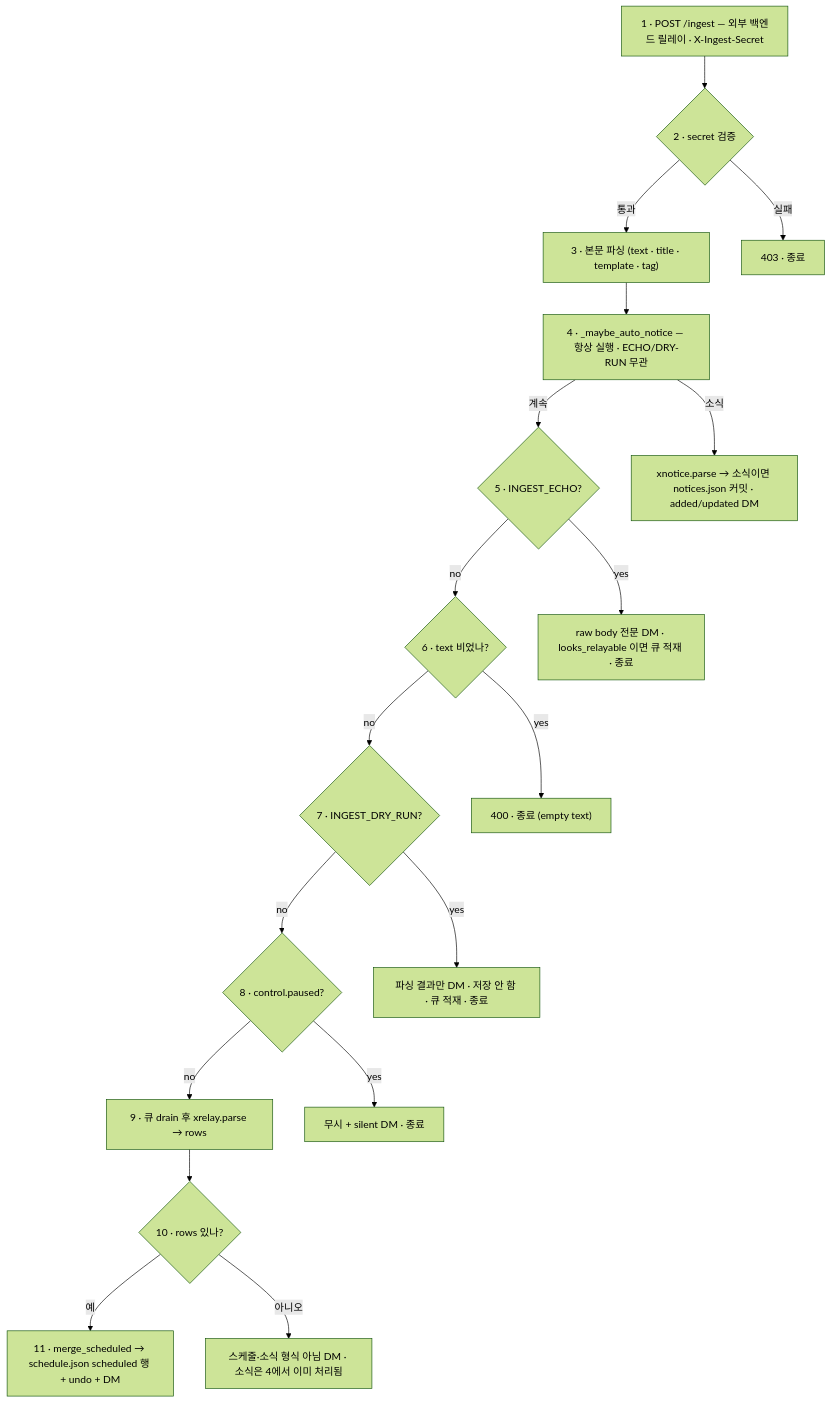
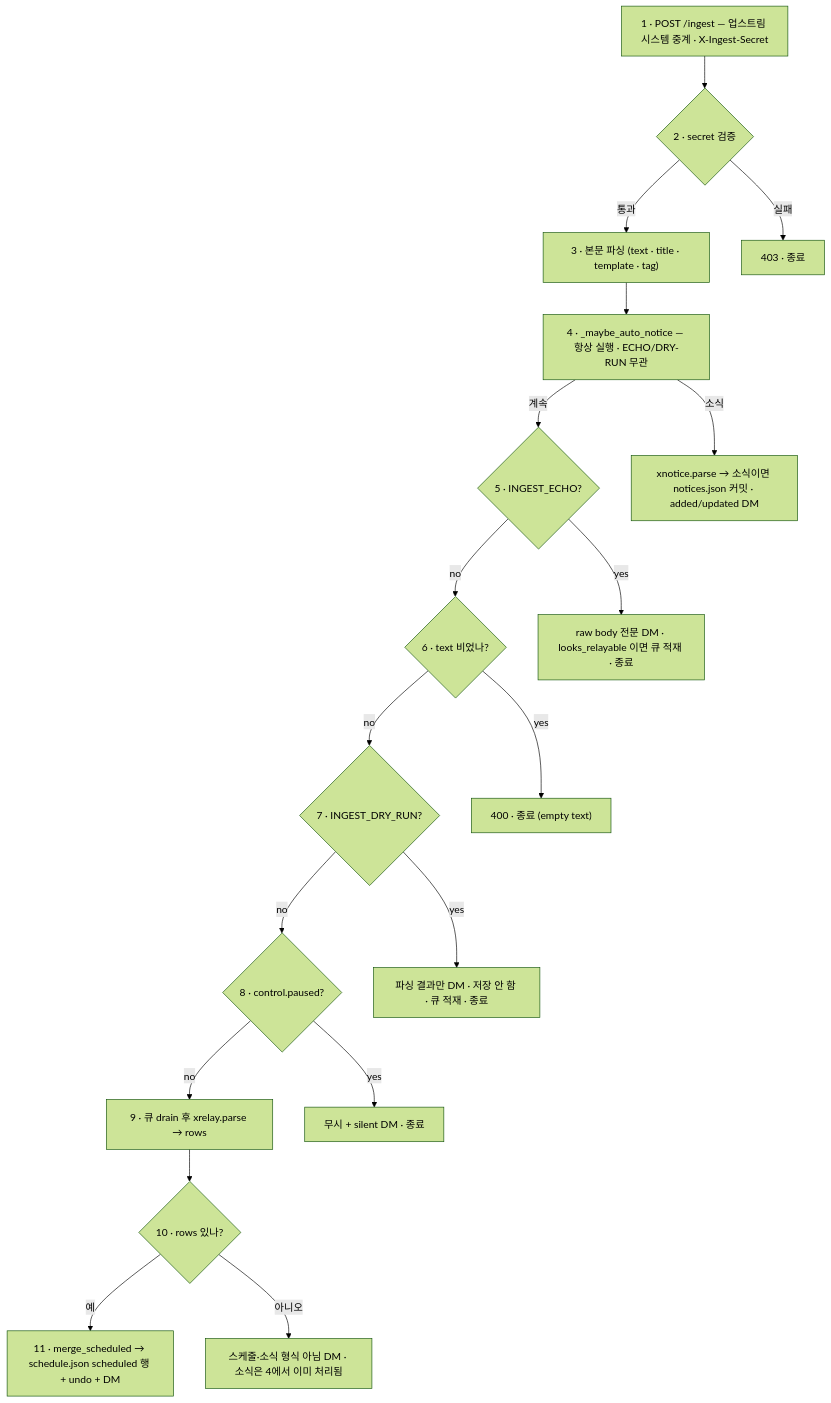
The diagram in docs/INGEST_FLOW.md (sbb2002/mewtype-scheduler), drawn with Mermaid (forest theme) before and after one commit. The commit also changed other lines of this file and 5 other files, not shown here.

First line of the commit message:
docs(v3): "외부 백엔드" → "업스트림 시스템" 용어 통일

````diff
--- a/docs/INGEST_FLOW.md
+++ b/docs/INGEST_FLOW.md
@@ -22,40 +22,40 @@
 ```mermaid
 flowchart TD
-    N1["1 · POST /ingest — 외부 백엔드 릴레이 · X-Ingest-Secret"]
+    N1["1 · POST /ingest — 업스트림 시스템 중계 · X-Ingest-Secret"]
     D2{"2 · secret 검증"}
     N3["3 · 본문 파싱 (text · title · template · tag)"]
     N4["4 · _maybe_auto_notice — 항상 실행 · ECHO/DRY-RUN 무관"]
     D5{"5 · INGEST_ECHO?"}
     D6{"6 · text 비었나?"}
     D7{"7 · INGEST_DRY_RUN?"}
     D8{"8 · control.paused?"}
     N9["9 · 큐 drain 후 xrelay.parse → rows"]
     D10{"10 · rows 있나?"}
     N11["11 · merge_scheduled → schedule.json scheduled 행 + undo + DM"]
 
     T2["403 · 종료"]
     T4["xnotice.parse → 소식이면 notices.json 커밋 · added/updated DM"]
     T5["raw body 전문 DM · looks_relayable 이면 큐 적재 · 종료"]
     T6["400 · 종료 (empty text)"]
     T7["파싱 결과만 DM · 저장 안 함 · 큐 적재 · 종료"]
     T8["무시 + silent DM · 종료"]
     T12["스케줄·소식 형식 아님 DM · 소식은 4에서 이미 처리됨"]
 
     N1 --> D2
     D2 -->|실패| T2
     D2 -->|통과| N3
     N3 --> N4
     N4 -->|소식| T4
     N4 -->|계속| D5
     D5 -->|yes| T5
     D5 -->|no| D6
     D6 -->|yes| T6
     D6 -->|no| D7
     D7 -->|yes| T7
     D7 -->|no| D8
     D8 -->|yes| T8
     D8 -->|no| N9
     N9 --> D10
     D10 -->|예| N11
     D10 -->|아니오| T12
 ```
````
